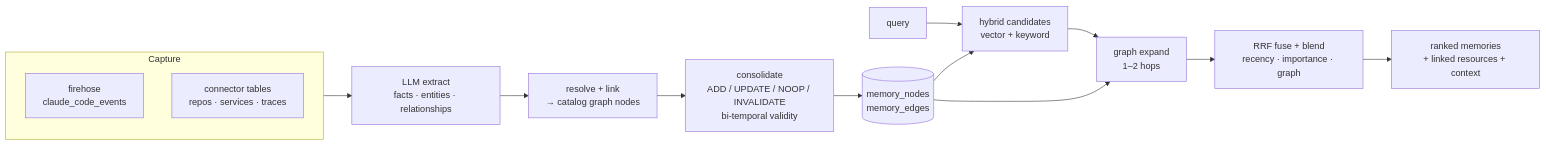
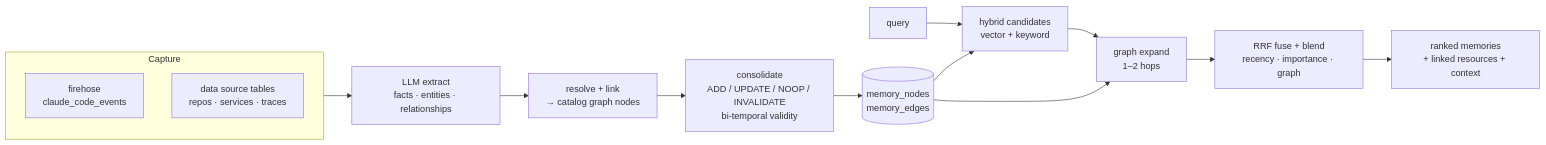
The diagram in docs/site/agent/memory.md (shakedaskayo/kyma), drawn with Mermaid before and after one commit. The commit also changed other lines of this file and 67 other files, not shown here.

````diff
--- a/docs/site/agent/memory.md
+++ b/docs/site/agent/memory.md
@@ -33,17 +33,17 @@
 ```mermaid
 flowchart LR
   subgraph Capture
     F[firehose<br/>claude_code_events] 
-    C[connector tables<br/>repos · services · traces]
+    C[data source tables<br/>repos · services · traces]
   end
   Capture --> X[LLM extract<br/>facts · entities · relationships]
   X --> R[resolve + link<br/>→ catalog graph nodes]
   R --> A[consolidate<br/>ADD / UPDATE / NOOP / INVALIDATE<br/>bi-temporal validity]
   A --> S[(memory_nodes<br/>memory_edges)]
   Q[query] --> H[hybrid candidates<br/>vector + keyword]
   H --> G[graph expand<br/>1–2 hops]
   G --> B[RRF fuse + blend<br/>recency · importance · graph]
   S --> H
   S --> G
   B --> O[ranked memories<br/>+ linked resources + context]
 ```
````
